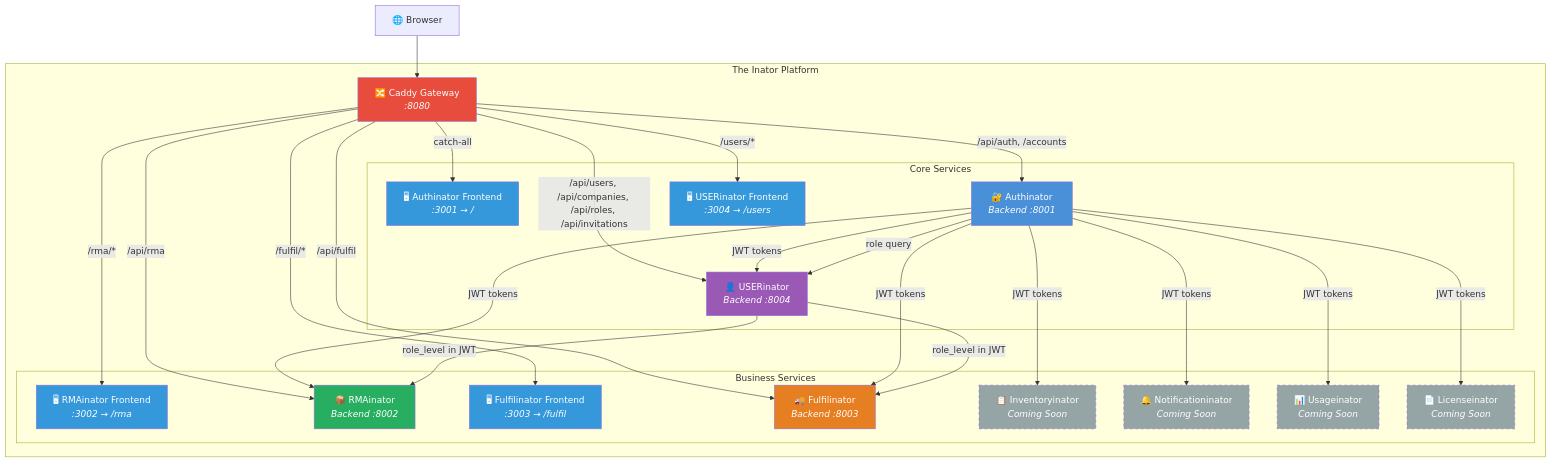
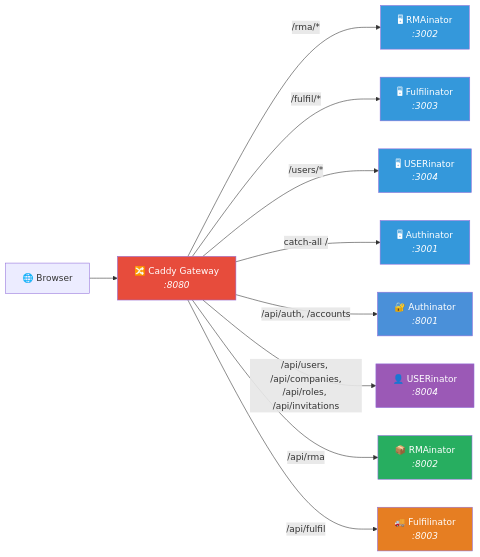
One commit to losomode/inator changed the first of 2 diagrams in README.md. Above: the diagram before and after it, drawn with Mermaid. The commit also changed other lines of this file, not shown here.

Commit message:
docs: update README with split architecture diagrams, repo links, and 5-role hierarchy

````diff
--- a/README.md
+++ b/README.md
@@ -11,60 +15,24 @@
 ```mermaid
-graph TB
-    CLIENT[🌐 Browser] --> CADDY
+graph LR
+    CLIENT[🌐 Browser] --> CADDY[🔀 Caddy Gateway<br/><i>:8080</i>]
 
-    subgraph "The Inator Platform"
-        CADDY[🔀 Caddy Gateway<br/><i>:8080</i>]
+    CADDY -->|/rma/*| RMA_FE[🖥 RMAinator<br/><i>:3002</i>]
+    CADDY -->|/fulfil/*| FULFIL_FE[🖥 Fulfilinator<br/><i>:3003</i>]
+    CADDY -->|/users/*| USER_FE[🖥 USERinator<br/><i>:3004</i>]
+    CADDY -->|catch-all /| AUTH_FE[🖥 Authinator<br/><i>:3001</i>]
 
-        subgraph "Core Services"
-            AUTH_FE[🖥 Authinator Frontend<br/><i>:3001 → /</i>]
-            AUTH[🔐 Authinator<br/><i>Backend :8001</i>]
-            USER_FE[🖥 USERinator Frontend<br/><i>:3004 → /users</i>]
-            USER[👤 USERinator<br/><i>Backend :8004</i>]
-        end
-
-        subgraph "Business Services"
-            RMA_FE[🖥 RMAinator Frontend<br/><i>:3002 → /rma</i>]
-            RMA[📦 RMAinator<br/><i>Backend :8002</i>]
-            FULFIL_FE[🖥 Fulfilinator Frontend<br/><i>:3003 → /fulfil</i>]
-            FULFIL[🚚 Fulfilinator<br/><i>Backend :8003</i>]
-            INV[📋 Inventoryinator<br/><i>Coming Soon</i>]
-            NOTIF[🔔 Notificationinator<br/><i>Coming Soon</i>]
-            USAGE[📊 Usageinator<br/><i>Coming Soon</i>]
-            LIC[📄 Licenseinator<br/><i>Coming Soon</i>]
-        end
-    end
-
-    CADDY -->|/api/auth, /accounts| AUTH
-    CADDY -->|/api/users, /api/companies, /api/roles, /api/invitations| USER
-    CADDY -->|/api/rma| RMA
-    CADDY -->|/api/fulfil| FULFIL
-    CADDY -->|/rma/*| RMA_FE
-    CADDY -->|/fulfil/*| FULFIL_FE
-    CADDY -->|/users/*| USER_FE
-    CADDY -->|catch-all| AUTH_FE
-
-    AUTH -- JWT tokens --> RMA
-    AUTH -- JWT tokens --> FULFIL
-    AUTH -- JWT tokens --> USER
-    AUTH -- JWT tokens --> INV
-    AUTH -- JWT tokens --> NOTIF
-    AUTH -- JWT tokens --> USAGE
-    AUTH -- JWT tokens --> LIC
-    AUTH -- role query --> USER
-    USER -- role_level in JWT --> RMA
-    USER -- role_level in JWT --> FULFIL
+    CADDY -->|/api/auth, /accounts| AUTH[🔐 Authinator<br/><i>:8001</i>]
+    CADDY -->|/api/users, /api/companies,<br/>/api/roles, /api/invitations| USER[👤 USERinator<br/><i>:8004</i>]
+    CADDY -->|/api/rma| RMA[📦 RMAinator<br/><i>:8002</i>]
+    CADDY -->|/api/fulfil| FULFIL[🚚 Fulfilinator<br/><i>:8003</i>]
 
     style CADDY fill:#e74c3c,color:#fff
     style AUTH_FE fill:#3498db,color:#fff
     style USER_FE fill:#3498db,color:#fff
     style RMA_FE fill:#3498db,color:#fff
     style FULFIL_FE fill:#3498db,color:#fff
     style AUTH fill:#4a90d9,color:#fff
     style USER fill:#9b59b6,color:#fff
     style RMA fill:#27ae60,color:#fff
     style FULFIL fill:#e67e22,color:#fff
-    style INV fill:#95a5a6,color:#fff,stroke-dasharray: 5 5
-    style NOTIF fill:#95a5a6,color:#fff,stroke-dasharray: 5 5
-    style USAGE fill:#95a5a6,color:#fff,stroke-dasharray: 5 5
-    style LIC fill:#95a5a6,color:#fff,stroke-dasharray: 5 5
 ```
````
